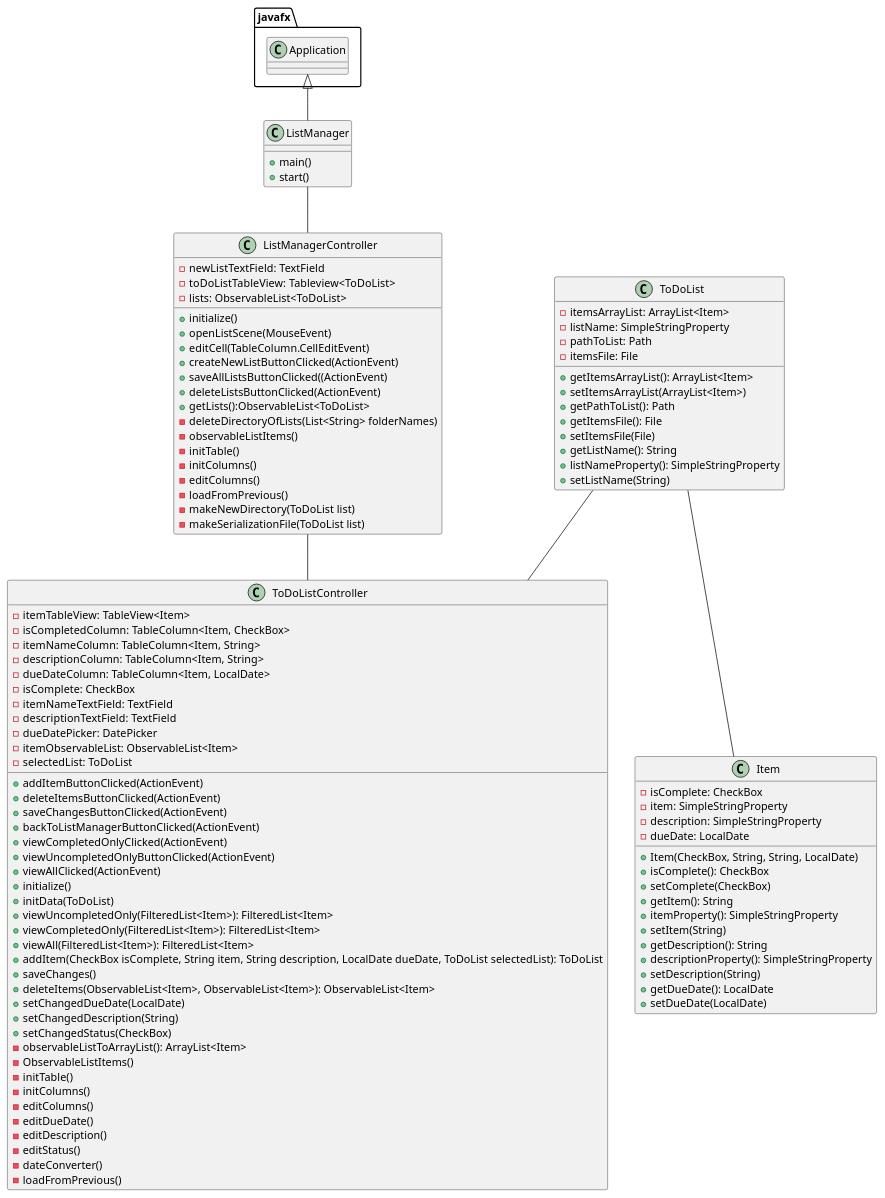
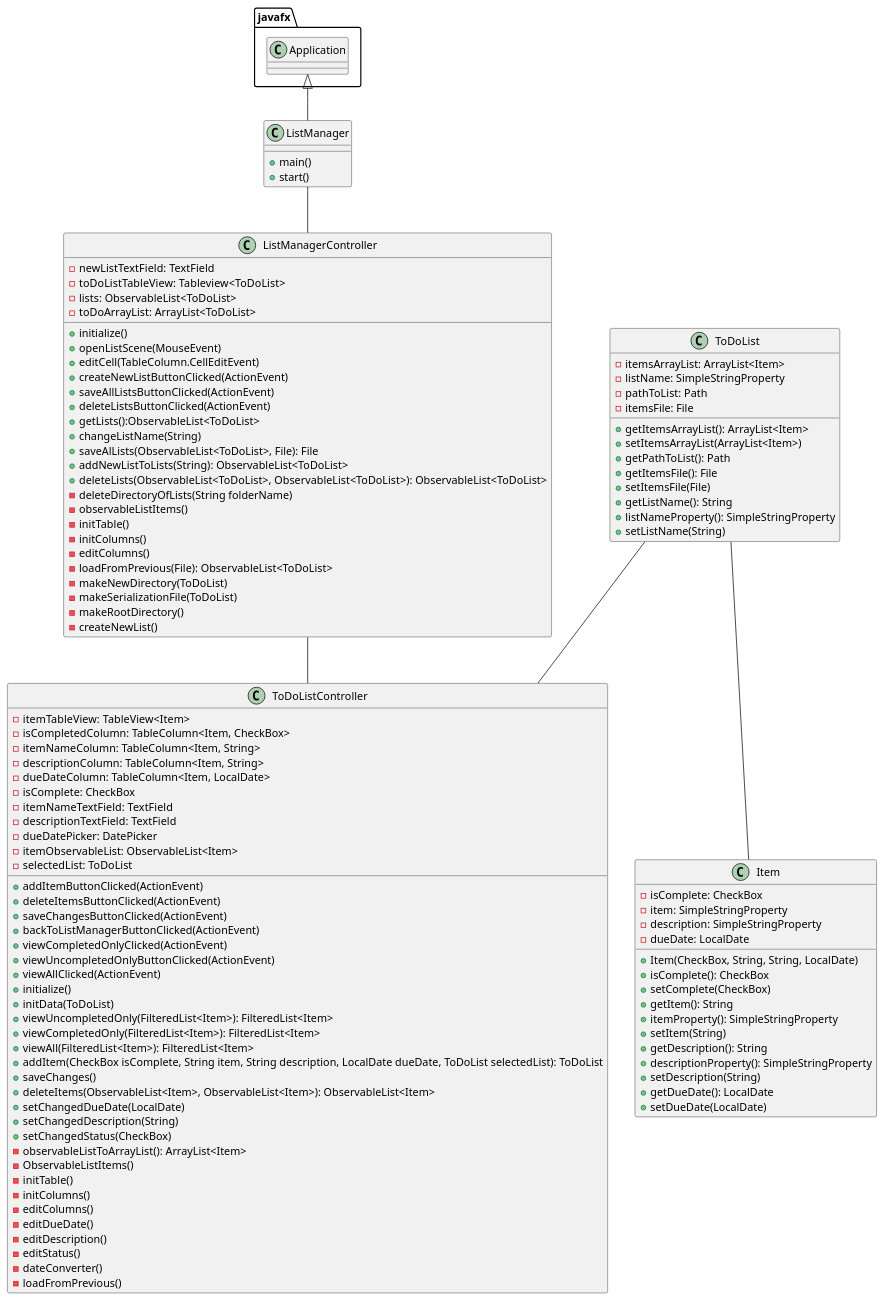
One commit to ivy-nguyen18/nguyen-cop3330-assignment4 changed the diagram in uml/ListManager.puml. Above: the diagram before and after it, drawn with PlantUML. The commit also changed 4 other files, not shown here.

Commit message:
PlantUML and test pseudocode for ListManager done

```diff
--- a/uml/ListManager.puml
+++ b/uml/ListManager.puml
@@ -1,116 +1,124 @@
 @startuml
 'https://plantuml.com/class-diagram
 
 class ListManager{
     + main()
     + start()
 }
 
 class ListManagerController{
     - newListTextField: TextField
     - toDoListTableView: Tableview<ToDoList>
     - lists: ObservableList<ToDoList>
+    - toDoArrayList: ArrayList<ToDoList>
 
     + initialize()
     + openListScene(MouseEvent)
     + editCell(TableColumn.CellEditEvent)
     + createNewListButtonClicked(ActionEvent)
-    + saveAllListsButtonClicked((ActionEvent)
+    + saveAllListsButtonClicked(ActionEvent)
     + deleteListsButtonClicked(ActionEvent)
     + getLists():ObservableList<ToDoList>
-    - deleteDirectoryOfLists(List<String> folderNames)
+    + changeListName(String)
+    + saveAlLists(ObservableList<ToDoList>, File): File
+    + addNewListToLists(String): ObservableList<ToDoList>
+    + deleteLists(ObservableList<ToDoList>, ObservableList<ToDoList>): ObservableList<ToDoList>
+    - deleteDirectoryOfLists(String folderName)
     - observableListItems()
     - initTable()
     - initColumns()
     - editColumns()
-    - loadFromPrevious()
-    - makeNewDirectory(ToDoList list)
-    - makeSerializationFile(ToDoList list)
+    - loadFromPrevious(File): ObservableList<ToDoList>
+    - makeNewDirectory(ToDoList)
+    - makeSerializationFile(ToDoList)
+    - makeRootDirectory()
+    - createNewList()
+
 }
 
 class ToDoList{
     - itemsArrayList: ArrayList<Item>
     - listName: SimpleStringProperty
     - pathToList: Path
     - itemsFile: File
 
     + getItemsArrayList(): ArrayList<Item>
     + setItemsArrayList(ArrayList<Item>)
     + getPathToList(): Path
     + getItemsFile(): File
     + setItemsFile(File)
     + getListName(): String
     + listNameProperty(): SimpleStringProperty
     + setListName(String)
 }
 
 class ToDoListController{
     - itemTableView: TableView<Item>
     - isCompletedColumn: TableColumn<Item, CheckBox>
     - itemNameColumn: TableColumn<Item, String>
     - descriptionColumn: TableColumn<Item, String>
     - dueDateColumn: TableColumn<Item, LocalDate>
     - isComplete: CheckBox
     - itemNameTextField: TextField
     - descriptionTextField: TextField
     - dueDatePicker: DatePicker
     - itemObservableList: ObservableList<Item>
     - selectedList: ToDoList
 
     + addItemButtonClicked(ActionEvent)
     + deleteItemsButtonClicked(ActionEvent)
     + saveChangesButtonClicked(ActionEvent)
     + backToListManagerButtonClicked(ActionEvent)
     + viewCompletedOnlyClicked(ActionEvent)
     + viewUncompletedOnlyButtonClicked(ActionEvent)
     + viewAllClicked(ActionEvent)
     + initialize()
     + initData(ToDoList)
     + viewUncompletedOnly(FilteredList<Item>): FilteredList<Item>
     + viewCompletedOnly(FilteredList<Item>): FilteredList<Item>
     + viewAll(FilteredList<Item>): FilteredList<Item>
     + addItem(CheckBox isComplete, String item, String description, LocalDate dueDate, ToDoList selectedList): ToDoList
     + saveChanges()
     + deleteItems(ObservableList<Item>, ObservableList<Item>): ObservableList<Item>
     + setChangedDueDate(LocalDate)
     + setChangedDescription(String)
     + setChangedStatus(CheckBox)
     - observableListToArrayList(): ArrayList<Item>
     - ObservableListItems()
     - initTable()
     - initColumns()
     - editColumns()
     - editDueDate()
     - editDescription()
     - editStatus()
     - dateConverter()
     - loadFromPrevious()
 
 }
 
 class Item{
     - isComplete: CheckBox
     - item: SimpleStringProperty
     - description: SimpleStringProperty
     - dueDate: LocalDate
 
     + Item(CheckBox, String, String, LocalDate)
     + isComplete(): CheckBox
     + setComplete(CheckBox)
     + getItem(): String
     + itemProperty(): SimpleStringProperty
     + setItem(String)
     + getDescription(): String
     + descriptionProperty(): SimpleStringProperty
     + setDescription(String)
     + getDueDate(): LocalDate
     + setDueDate(LocalDate)
 }
 
 javafx.Application <|-- ListManager
 ListManager -- ListManagerController
 ListManagerController -- ToDoListController
 ToDoList -- ToDoListController
 ToDoList -- Item
 
 @enduml
```
